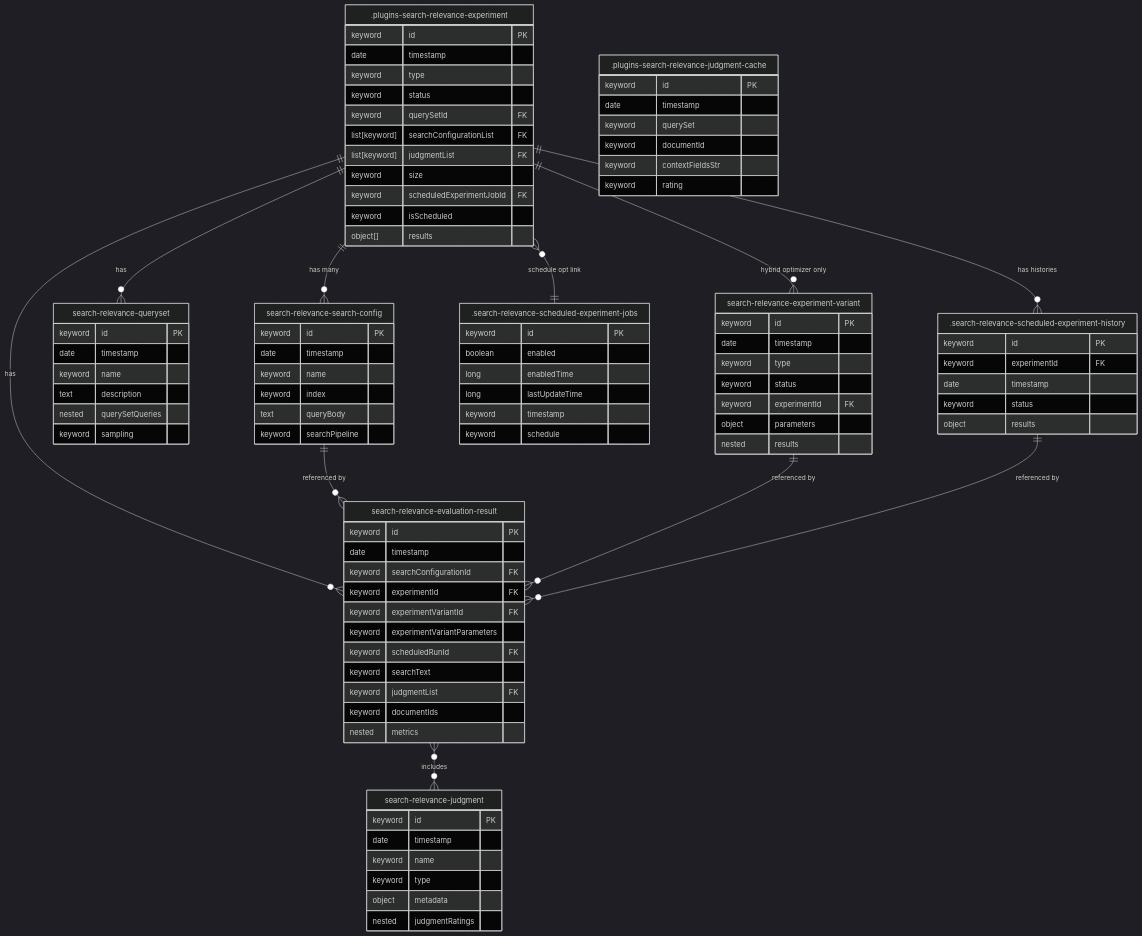
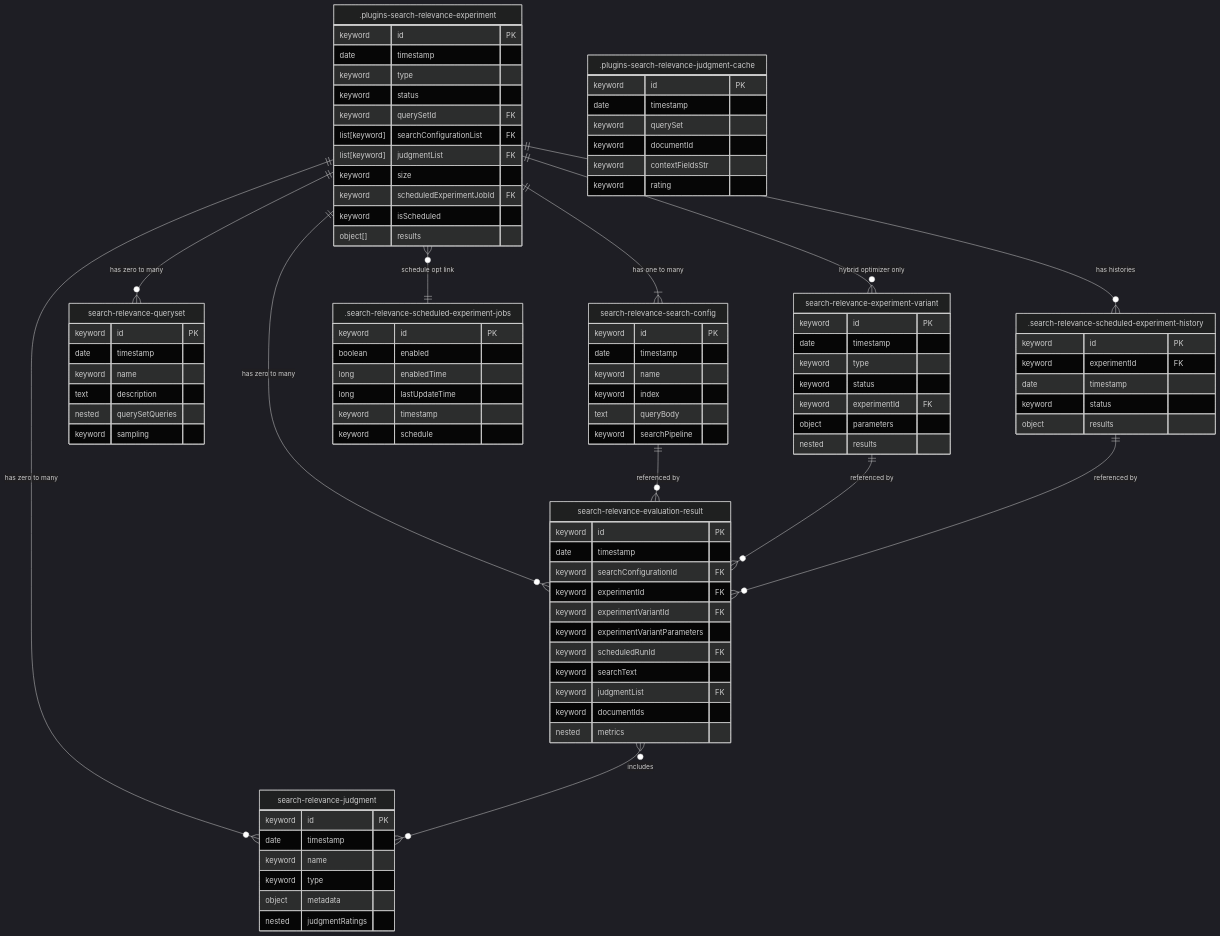
Before and after one commit to opensearch-project/search-relevance: the first of 5 diagrams in DEVELOPER_GUIDE.md, drawn with Mermaid (dark theme).

Commit message:
update relationships

```diff
--- a/DEVELOPER_GUIDE.md
+++ b/DEVELOPER_GUIDE.md
@@ -415,9 +415,10 @@
       object results
     }
 
-    ".plugins-search-relevance-experiment" ||--o{ search-relevance-evaluation-result : has
-    ".plugins-search-relevance-experiment" ||--o{ search-relevance-queryset : has
-    ".plugins-search-relevance-experiment" ||--o{ search-relevance-search-config : "has many"
+    ".plugins-search-relevance-experiment" ||--o{ search-relevance-evaluation-result : "has zero to many"
+    ".plugins-search-relevance-experiment" ||--o{ search-relevance-queryset : "has zero to many"
+    ".plugins-search-relevance-experiment" ||--|{ search-relevance-search-config : "has one to many"
+    ".plugins-search-relevance-experiment" ||--o{ search-relevance-judgment : "has zero to many"
     search-relevance-search-config ||--o{ search-relevance-evaluation-result : "referenced by"
     ".plugins-search-relevance-experiment" ||--o{ search-relevance-experiment-variant : "hybrid optimizer only"
     search-relevance-experiment-variant ||--o{ search-relevance-evaluation-result : "referenced by"
```
